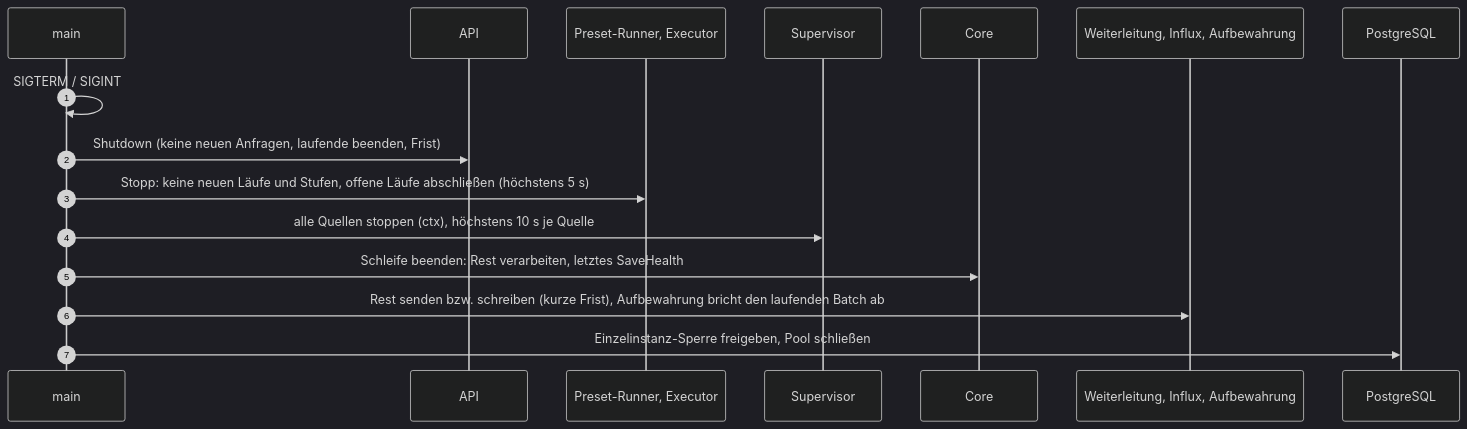
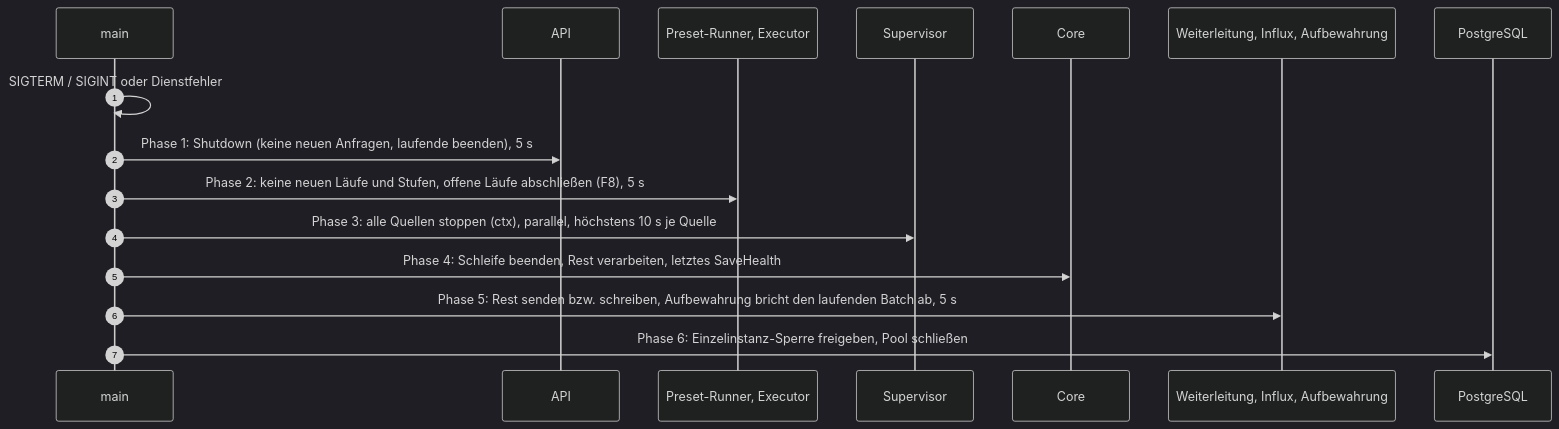
Before and after one commit to lukirs95/monika: the second of 6 diagrams in docs/contracts/flows.md, drawn with Mermaid (dark theme). The commit also changed other lines of this file and 9 other files, not shown here.

````diff
--- a/docs/contracts/flows.md
+++ b/docs/contracts/flows.md
@@ -67,19 +67,19 @@
 ```mermaid
 sequenceDiagram
     autonumber
     participant M as main
     participant A as API
     participant P as Preset-Runner, Executor
     participant Sup as Supervisor
     participant C as Core
     participant X as Weiterleitung, Influx, Aufbewahrung
     participant DB as PostgreSQL
 
-    M->>M: SIGTERM / SIGINT
-    M->>A: Shutdown (keine neuen Anfragen, laufende beenden, Frist)
-    M->>P: Stopp: keine neuen Läufe und Stufen, offene Läufe abschließen (höchstens 5 s)
-    M->>Sup: alle Quellen stoppen (ctx), höchstens 10 s je Quelle
-    M->>C: Schleife beenden: Rest verarbeiten, letztes SaveHealth
-    M->>X: Rest senden bzw. schreiben (kurze Frist), Aufbewahrung bricht den laufenden Batch ab
-    M->>DB: Einzelinstanz-Sperre freigeben, Pool schließen
+    M->>M: SIGTERM / SIGINT oder Dienstfehler
+    M->>A: Phase 1: Shutdown (keine neuen Anfragen, laufende beenden), 5 s
+    M->>P: Phase 2: keine neuen Läufe und Stufen, offene Läufe abschließen (F8), 5 s
+    M->>Sup: Phase 3: alle Quellen stoppen (ctx), parallel, höchstens 10 s je Quelle
+    M->>C: Phase 4: Schleife beenden, Rest verarbeiten, letztes SaveHealth
+    M->>X: Phase 5: Rest senden bzw. schreiben, Aufbewahrung bricht den laufenden Batch ab, 5 s
+    M->>DB: Phase 6: Einzelinstanz-Sperre freigeben, Pool schließen
 ```
````
